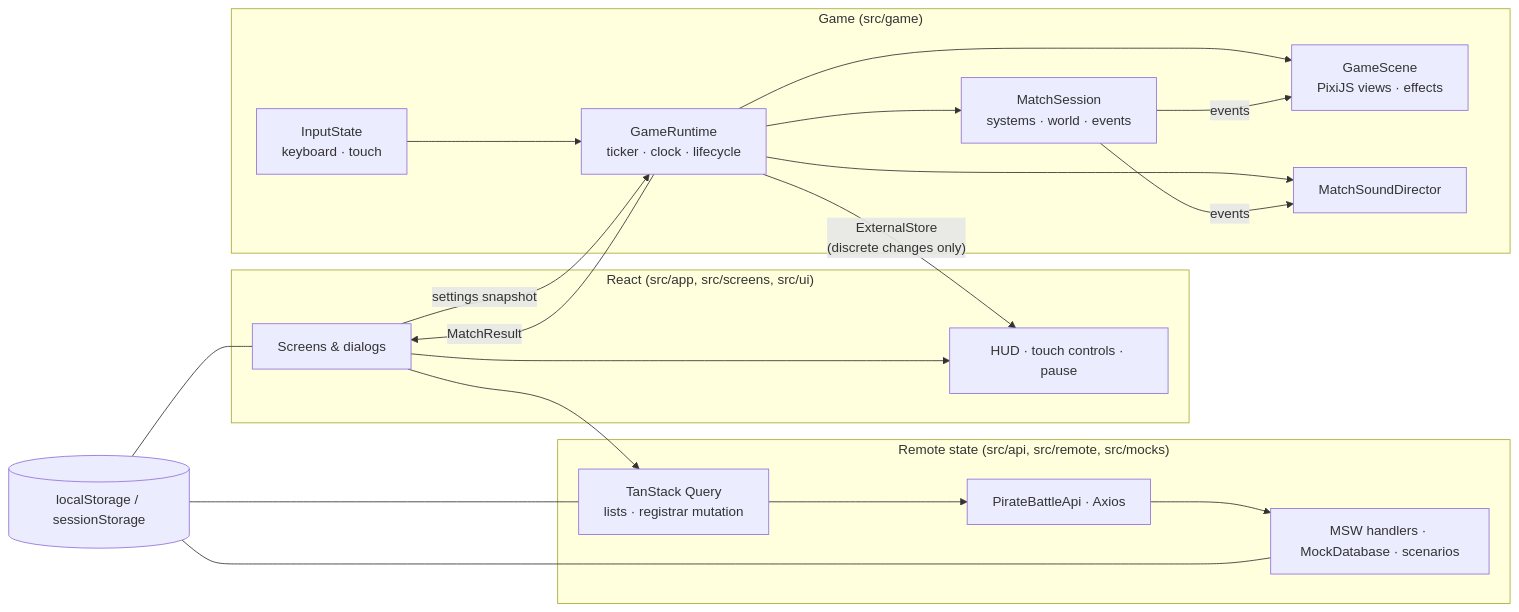
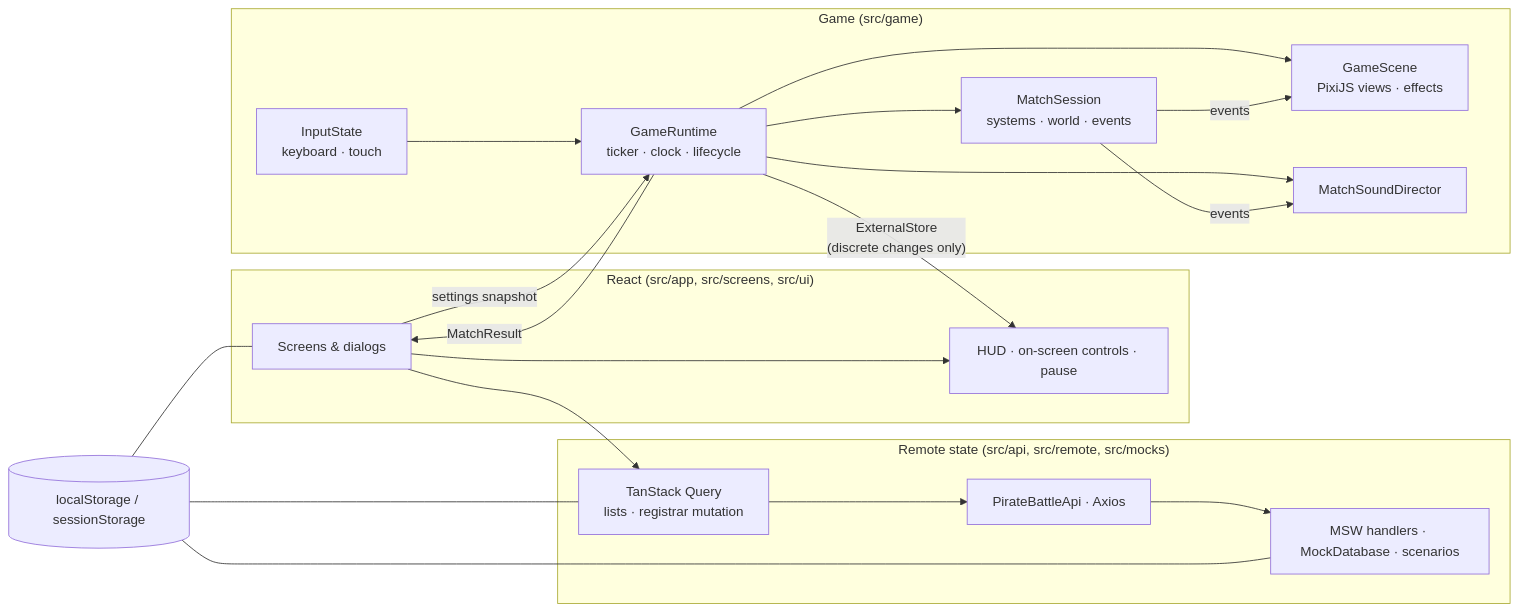
Before and after one commit to brvnfr/game-developer-challenge: the first of 3 diagrams in ARCHITECTURE.md, drawn with Mermaid. The commit also changed other lines of this file and 27 other files, not shown here.

````diff
--- a/ARCHITECTURE.md
+++ b/ARCHITECTURE.md
@@ -7,25 +7,25 @@
 ```mermaid
 flowchart LR
   subgraph React["React (src/app, src/screens, src/ui)"]
-    Screens[Screens & dialogs] --> HUD[HUD · touch controls · pause]
+    Screens[Screens & dialogs] --> HUD[HUD · on-screen controls · pause]
   end
   subgraph Game["Game (src/game)"]
     Runtime[GameRuntime<br/>ticker · clock · lifecycle] --> Sim[MatchSession<br/>systems · world · events]
     Runtime --> Scene[GameScene<br/>PixiJS views · effects]
     Runtime --> Sound[MatchSoundDirector]
     Input[InputState<br/>keyboard · touch] --> Runtime
     Sim -- events --> Scene
     Sim -- events --> Sound
   end
   subgraph Remote["Remote state (src/api, src/remote, src/mocks)"]
     Queries[TanStack Query<br/>lists · registrar mutation] --> Api[PirateBattleApi · Axios]
     Api --> MSW[MSW handlers · MockDatabase · scenarios]
   end
   Runtime -- "ExternalStore<MatchView><br/>(discrete changes only)" --> HUD
   Screens -- "settings snapshot" --> Runtime
   Runtime -- "MatchResult" --> Screens
   Screens --> Queries
   Storage[(localStorage / sessionStorage)] --- Screens
   Storage --- Queries
   Storage --- MSW
 ```
````
